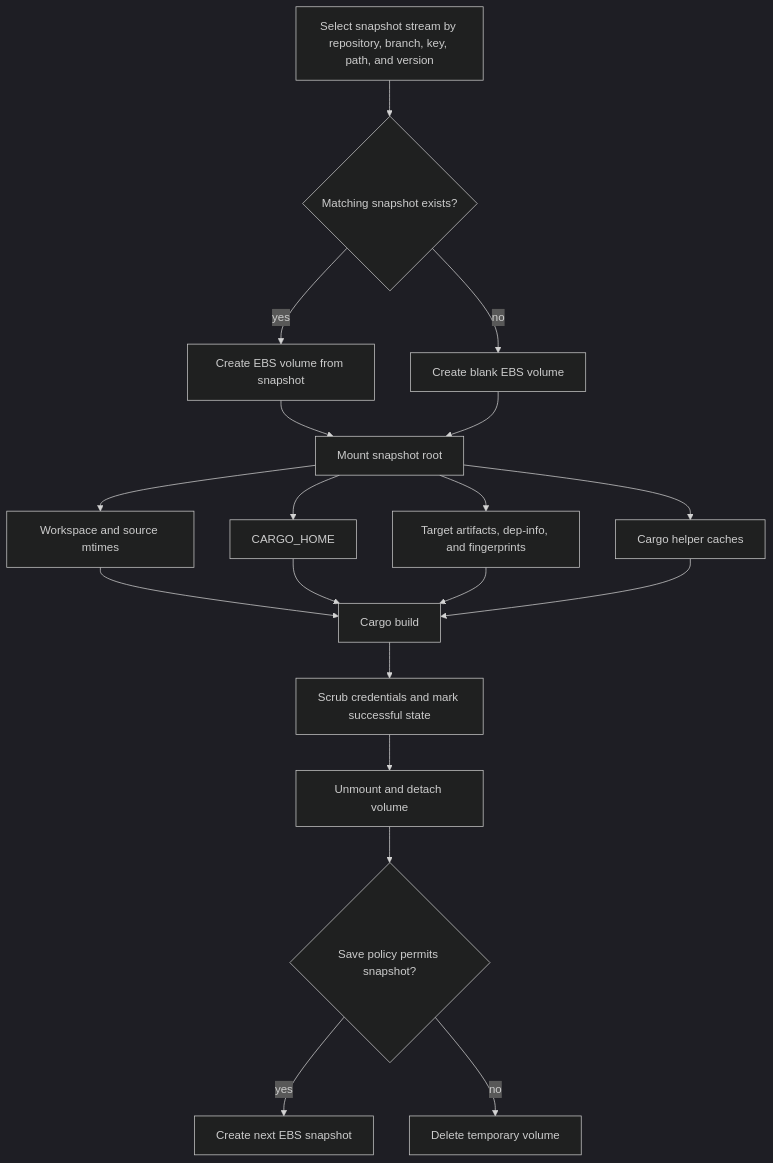
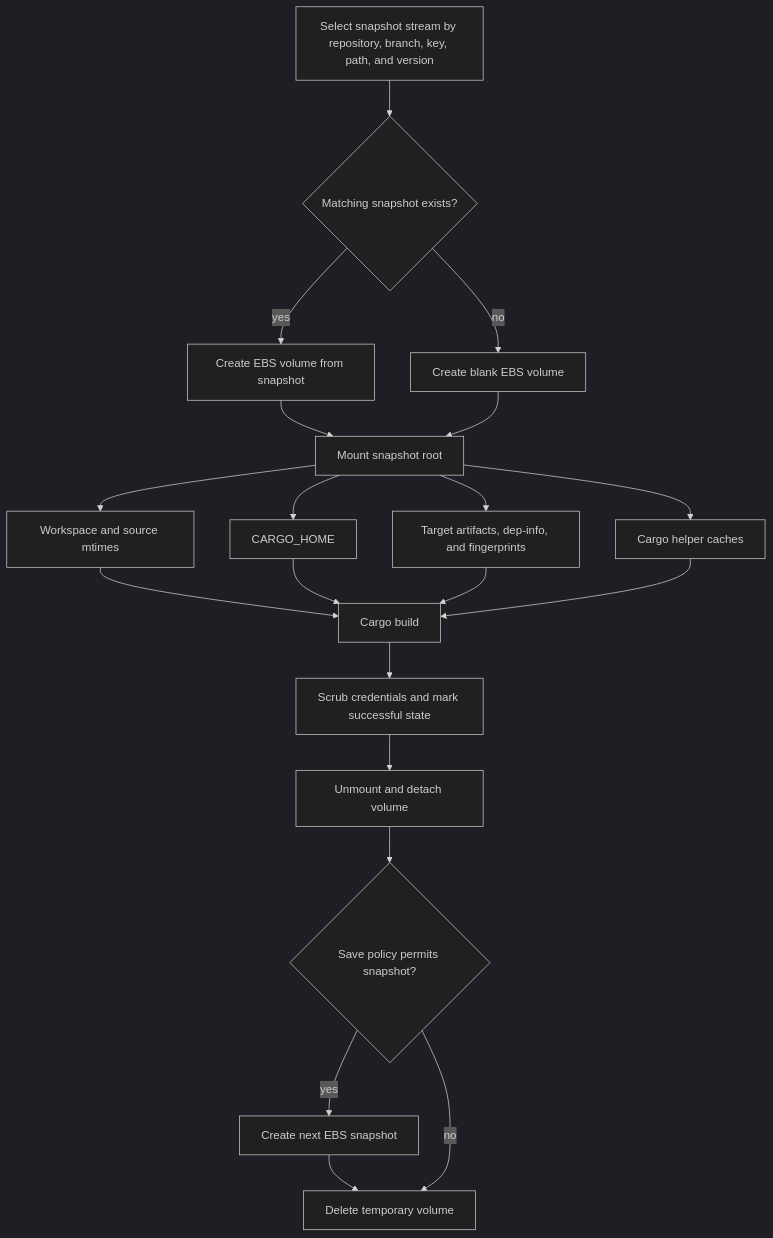
Before and after one commit to garysassano/cargo-ci-cache-archive: the diagram in docs/approaches/ebs-snapshot.md, drawn with Mermaid (dark theme). The commit also changed 3 other files, not shown here.

Commit message:
Align Mermaid diagrams with cache guidance

````diff
--- a/docs/approaches/ebs-snapshot.md
+++ b/docs/approaches/ebs-snapshot.md
@@ -30,33 +30,34 @@
 ```mermaid
 flowchart TD
     lookup[Select snapshot stream by repository, branch, key, path, and version]
     existing{Matching snapshot exists?}
     restore[Create EBS volume from snapshot]
     blank[Create blank EBS volume]
     mount[Mount snapshot root]
     workspace[Workspace and source mtimes]
     cargo_home[CARGO_HOME]
     target[Target artifacts, dep-info, and fingerprints]
     helpers[Cargo helper caches]
     build[Cargo build]
     scrub[Scrub credentials and mark successful state]
     detach[Unmount and detach volume]
     save{Save policy permits snapshot?}
     snapshot[Create next EBS snapshot]
     delete[Delete temporary volume]
 
     lookup --> existing
     existing -->|yes| restore --> mount
     existing -->|no| blank --> mount
     mount --> workspace
     mount --> cargo_home
     mount --> target
     mount --> helpers
     workspace --> build
     cargo_home --> build
     target --> build
     helpers --> build
     build --> scrub --> detach --> save
     save -->|yes| snapshot
+    snapshot --> delete
     save -->|no| delete
 ```
````
